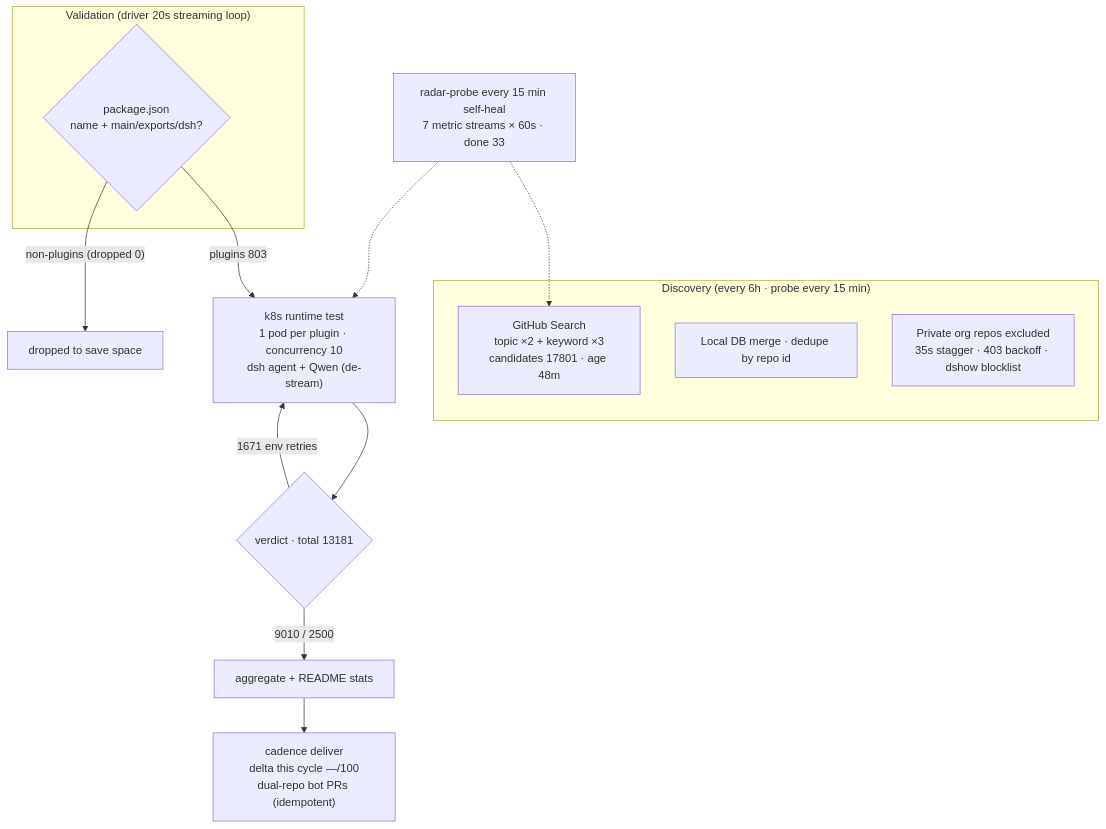
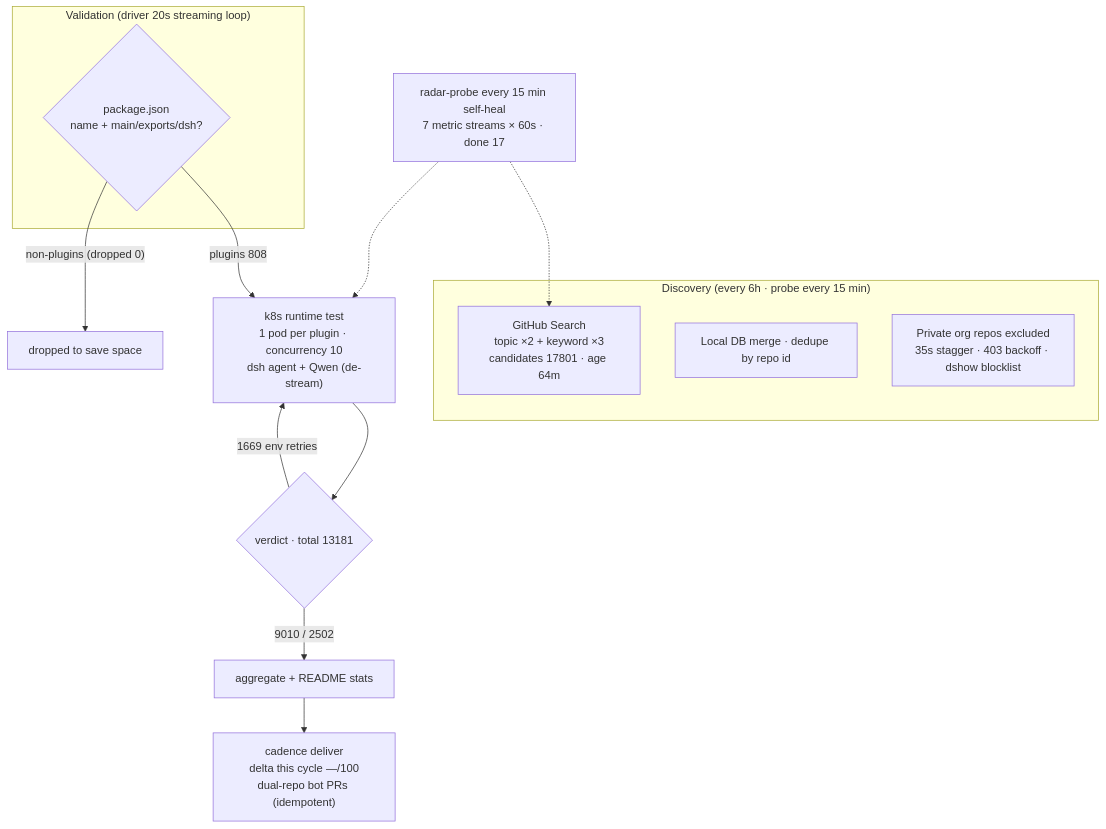
One commit to AdamPlatin123/awesome-dsh-plugins changed the diagram in README.en-US.md. Above: the diagram before and after it, drawn with Mermaid. The commit also changed other lines of this file and 5 other files, not shown here.

````diff
--- a/README.en-US.md
+++ b/README.en-US.md
@@ -45,20 +45,20 @@
 ```mermaid
 flowchart TB
     subgraph Discovery["Discovery (every 6h · probe every 15 min)"]
-        A1["GitHub Search<br/>topic ×2 + keyword ×3<br/>candidates 17801 · age 48m"]
+        A1["GitHub Search<br/>topic ×2 + keyword ×3<br/>candidates 17801 · age 64m"]
         A2["Local DB merge · dedupe by repo id"]
         A3["Private org repos excluded<br/>35s stagger · 403 backoff · dshow blocklist"]
     end
     subgraph Validation["Validation (driver 20s streaming loop)"]
         B1{"package.json<br/>name + main/exports/dsh?"}
     end
-    B1 -->|"plugins 803"| C1["k8s runtime test<br/>1 pod per plugin · concurrency 10<br/>dsh agent + Qwen (de-stream)"]
+    B1 -->|"plugins 808"| C1["k8s runtime test<br/>1 pod per plugin · concurrency 10<br/>dsh agent + Qwen (de-stream)"]
     B1 -->|"non-plugins (dropped 0)"| B3["dropped to save space"]
     C1 --> D1{"verdict · total 13181"}
-    D1 -->|"9010 / 2500"| E1["aggregate + README stats"]
-    D1 -->|"1671 env retries"| C1
+    D1 -->|"9010 / 2502"| E1["aggregate + README stats"]
+    D1 -->|"1669 env retries"| C1
     E1 --> E2["cadence deliver<br/>delta this cycle —/100<br/>dual-repo bot PRs (idempotent)"]
-    M["radar-probe every 15 min self-heal<br/>7 metric streams × 60s · done 33"]
+    M["radar-probe every 15 min self-heal<br/>7 metric streams × 60s · done 17"]
     M -.-> A1
     M -.-> C1
 ```
````
